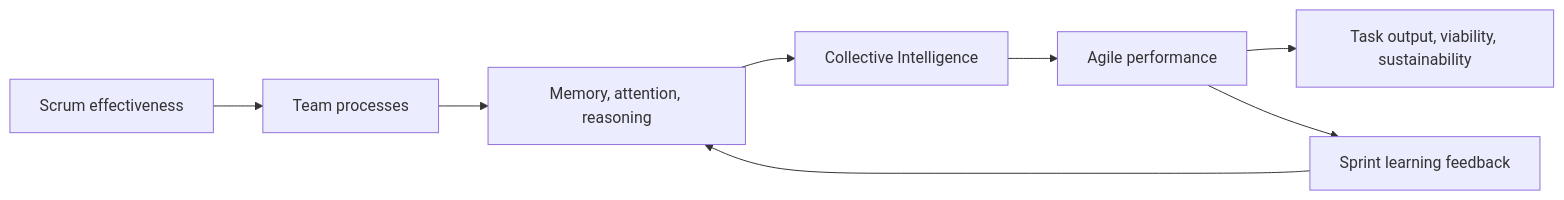
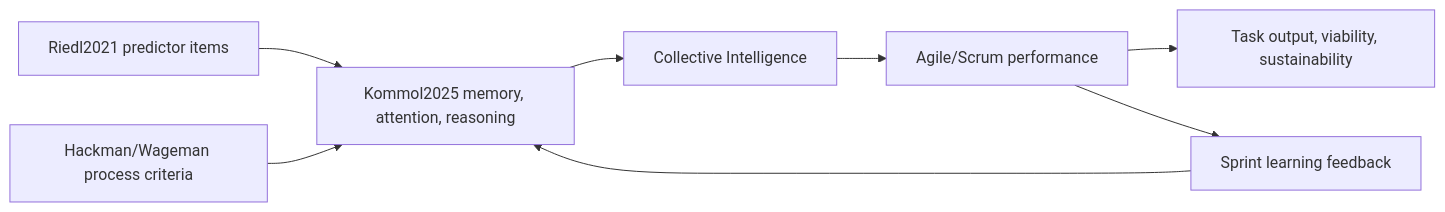
Before and after one commit to arslansultandogar/agile-simulator: the eighth of 8 diagrams in docs/CONCEPTUAL_MODEL.md, drawn with Mermaid. The commit also changed other lines of this file and 16 other files, not shown here.

````diff
--- a/docs/CONCEPTUAL_MODEL.md
+++ b/docs/CONCEPTUAL_MODEL.md
@@ -540,10 +553,10 @@
 ```mermaid
 flowchart LR
-    scrum["Scrum effectiveness"] --> processes["Team processes"]
-    processes --> systems["Memory, attention, reasoning"]
+    riedl["Riedl2021 predictor items"] --> systems["Kommol2025 memory, attention, reasoning"]
+    hackman["Hackman/Wageman process criteria"] --> systems
     systems --> ci["Collective Intelligence"]
-    ci --> performance["Agile performance"]
+    ci --> performance["Agile/Scrum performance"]
     performance --> effectiveness["Task output, viability, sustainability"]
     performance --> learning["Sprint learning feedback"]
     learning --> systems
 ```
````
